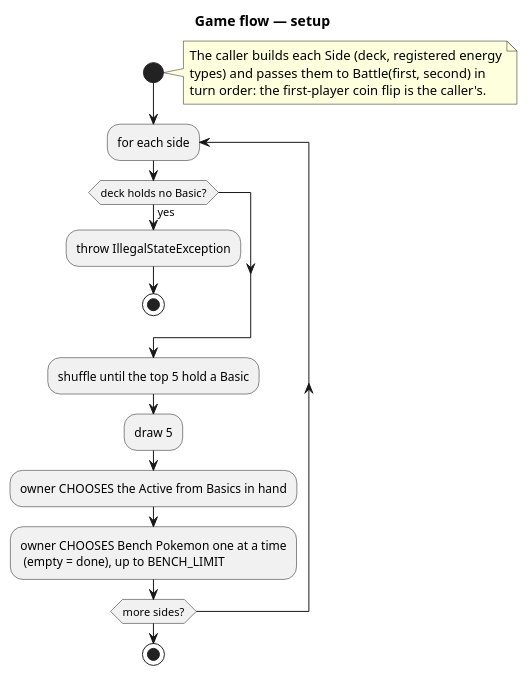
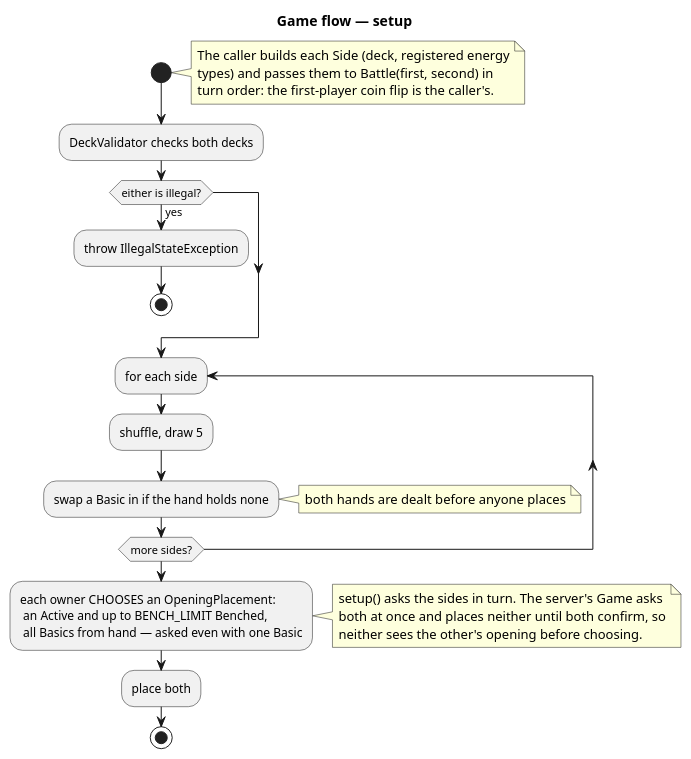
One commit to Richie-Moon/TCGPocketBattler changed the second of 4 diagrams in docs/UML/GameFlow.puml. Above: the diagram before and after it, drawn with PlantUML. The commit also changed other lines of this file and 11 other files, not shown here.

First line of the commit message:
feat(engine): Made opening setup simultaneous and shown card images

```diff
--- a/docs/UML/GameFlow.puml
+++ b/docs/UML/GameFlow.puml
@@ -64,23 +69,31 @@
 @startuml
 title Game flow — setup
 
 start
 note right
   The caller builds each Side (deck, registered energy
   types) and passes them to Battle(first, second) in
   turn order: the first-player coin flip is the caller's.
 end note
+:DeckValidator checks both decks;
+if (either is illegal?) then (yes)
+  :throw IllegalStateException;
+  stop
+endif
 repeat :for each side;
-  if (deck holds no Basic?) then (yes)
-    :throw IllegalStateException;
-    stop
-  endif
-  :shuffle until the top 5 hold a Basic;
-  :draw 5;
-  :owner CHOOSES the Active from Basics in hand;
-  :owner CHOOSES Bench Pokemon one at a time
-   (empty = done), up to BENCH_LIMIT;
+  :shuffle, draw 5;
+  :swap a Basic in if the hand holds none;
 repeat while (more sides?)
+note right: both hands are dealt before anyone places
+:each owner CHOOSES an OpeningPlacement:
+ an Active and up to BENCH_LIMIT Benched,
+ all Basics from hand — asked even with one Basic;
+note right
+  setup() asks the sides in turn. The server's Game asks
+  both at once and places neither until both confirm, so
+  neither sees the other's opening before choosing.
+end note
+:place both;
 stop
 
 @enduml
```
